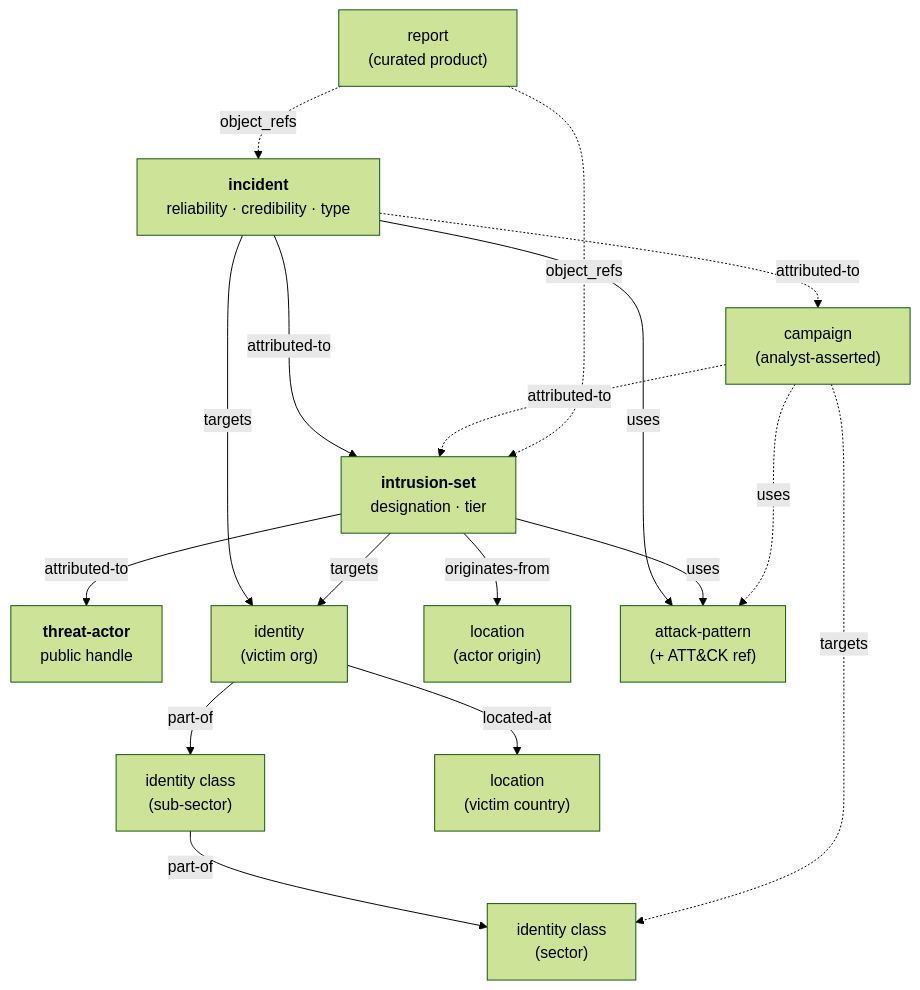
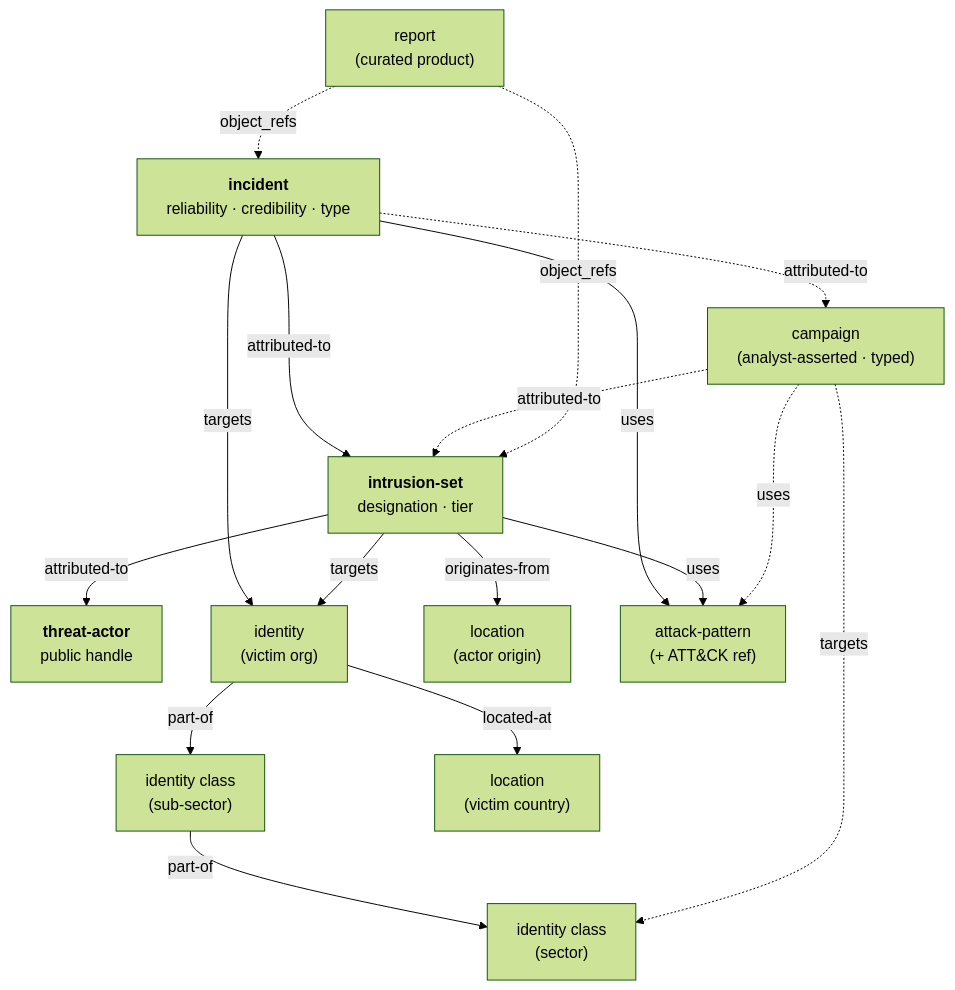
One commit to CTI-Center/PatchWork changed the second of 2 diagrams in docs/Patchwork-CTI-Framework.md. Above: the diagram before and after it, drawn with Mermaid (forest theme). The commit also changed other lines of this file and 1247 other files, not shown here.

````diff
--- a/docs/Patchwork-CTI-Framework.md
+++ b/docs/Patchwork-CTI-Framework.md
@@ -570,31 +634,31 @@
 ```mermaid
 flowchart TB
   INC["<b>incident</b><br/>reliability · credibility · type"]
   IS["<b>intrusion-set</b><br/>designation · tier"]
   TA["<b>threat-actor</b><br/>public handle"]
   ORG["identity<br/>(victim org)"]
   SEC["identity class<br/>(sector)"]
   SUB["identity class<br/>(sub-sector)"]
   VLOC["location<br/>(victim country)"]
   OLOC["location<br/>(actor origin)"]
   AP["attack-pattern<br/>(+ ATT&amp;CK ref)"]
-  CAM["campaign<br/>(analyst-asserted)"]
+  CAM["campaign<br/>(analyst-asserted · typed)"]
   REP["report<br/>(curated product)"]
 
   INC -->|attributed-to| IS
   INC -->|targets| ORG
   INC -->|uses| AP
   IS -->|attributed-to| TA
   IS -->|uses| AP
   IS -->|targets| ORG
   IS -->|originates-from| OLOC
   ORG -->|located-at| VLOC
   ORG -->|part-of| SUB
   SUB -->|part-of| SEC
   INC -.->|attributed-to| CAM
   CAM -.->|attributed-to| IS
   CAM -.->|uses| AP
   CAM -.->|targets| SEC
   REP -.->|object_refs| IS
   REP -.->|object_refs| INC
 ```
````
